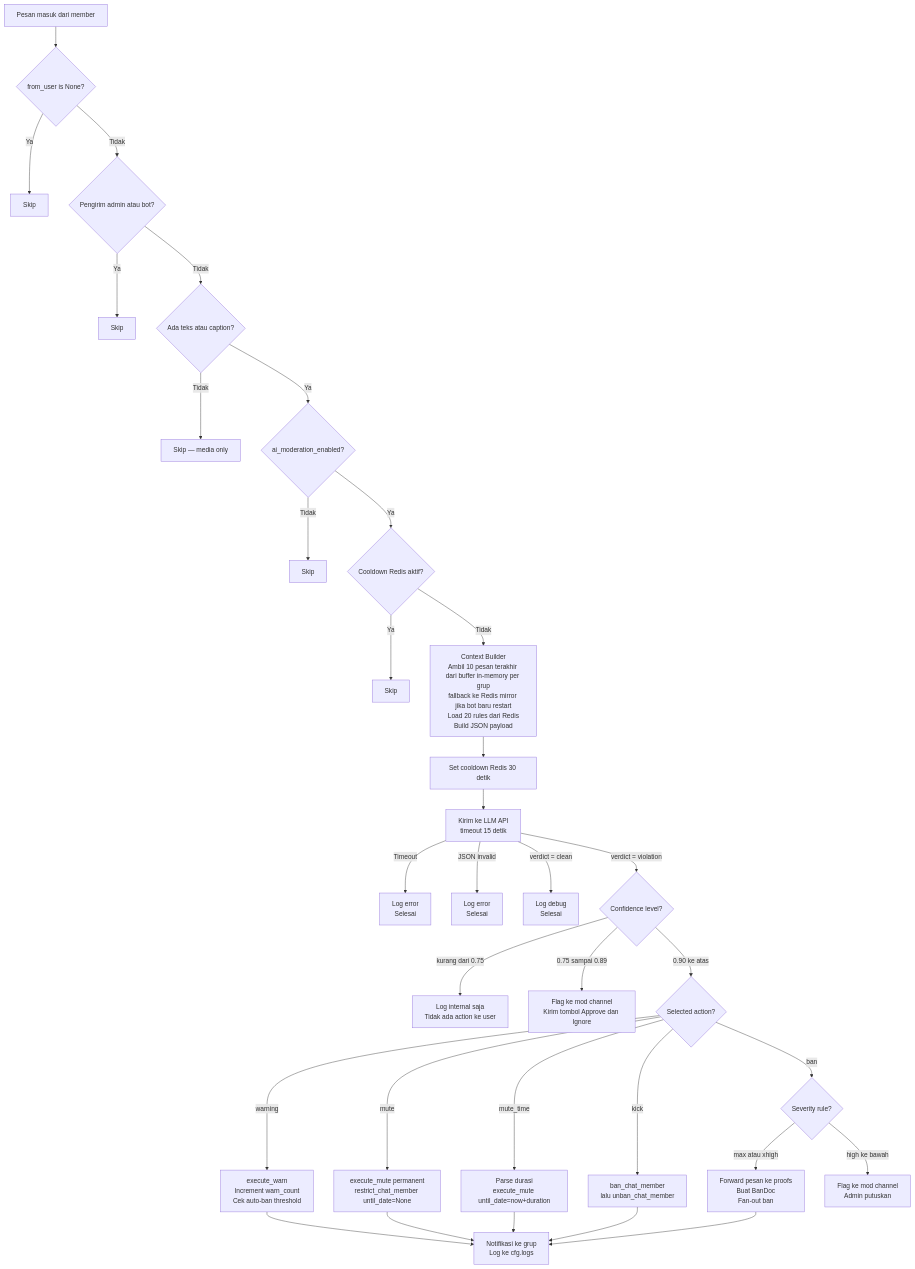
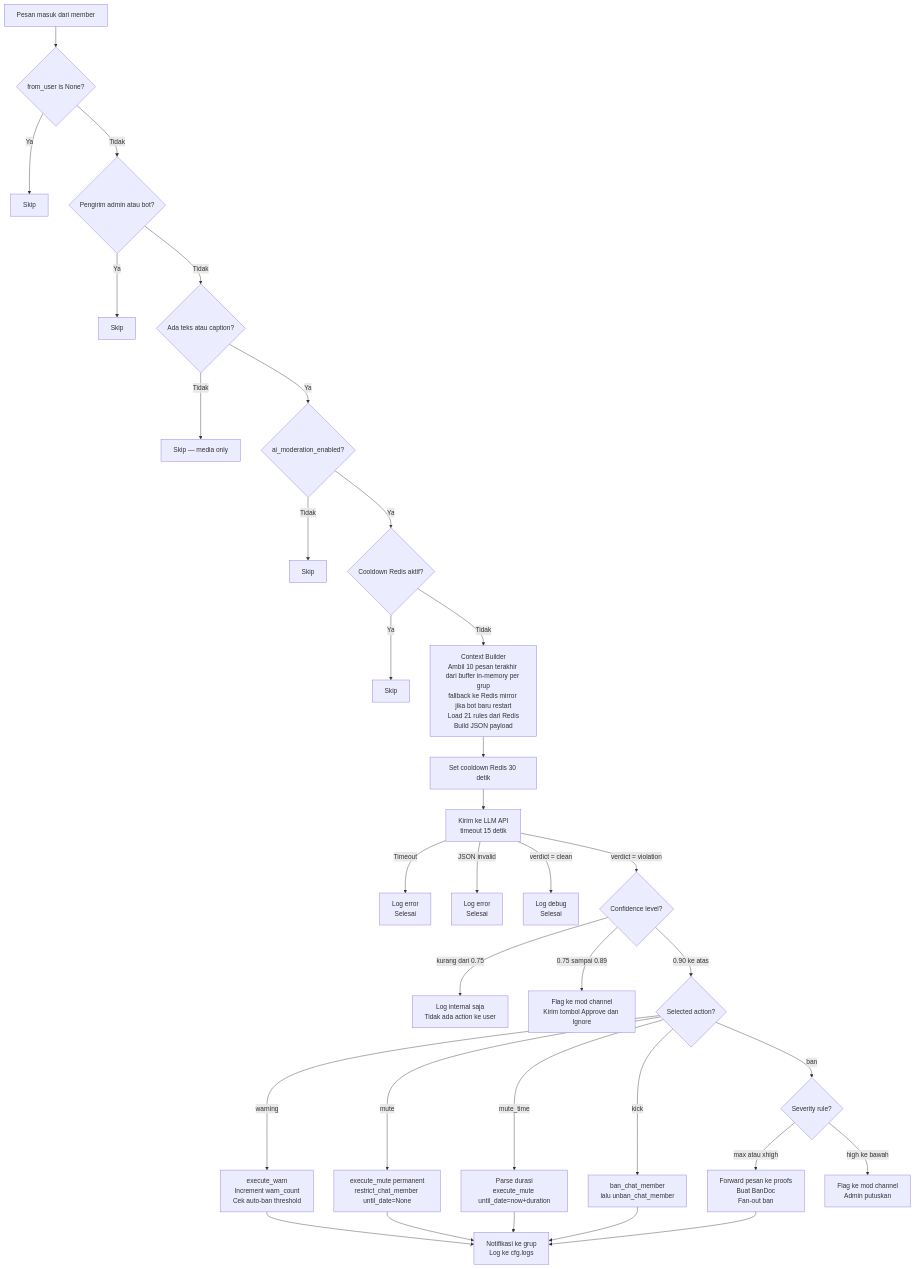
The fourth of 15 diagrams in PRD.md (D1ZZY4/tcbot), drawn with Mermaid before and after one commit. The commit also changed other lines of this file, not shown here.

````diff
--- a/PRD.md
+++ b/PRD.md
@@ -404,35 +410,35 @@
 ```mermaid
 flowchart TD
     MSG[Pesan masuk dari member] --> PF1{from_user is None?}
     PF1 -->|Ya| END1[Skip]
     PF1 -->|Tidak| PF2{Pengirim admin atau bot?}
     PF2 -->|Ya| END2[Skip]
     PF2 -->|Tidak| PF3{Ada teks atau caption?}
     PF3 -->|Tidak| END3[Skip — media only]
     PF3 -->|Ya| PF4{ai_moderation_enabled?}
     PF4 -->|Tidak| END4[Skip]
     PF4 -->|Ya| PF5{Cooldown Redis aktif?}
     PF5 -->|Ya| END5[Skip]
-    PF5 -->|Tidak| CB[Context Builder\nAmbil 10 pesan terakhir dari buffer in-memory per grup\nfallback ke Redis mirror jika bot baru restart\nLoad 20 rules dari Redis\nBuild JSON payload]
+    PF5 -->|Tidak| CB[Context Builder\nAmbil 10 pesan terakhir dari buffer in-memory per grup\nfallback ke Redis mirror jika bot baru restart\nLoad 21 rules dari Redis\nBuild JSON payload]
     CB --> SET_CD[Set cooldown Redis 30 detik]
     SET_CD --> AI[Kirim ke LLM API\ntimeout 15 detik]
     AI -->|Timeout| ERR1[Log error\nSelesai]
     AI -->|JSON invalid| ERR2[Log error\nSelesai]
     AI -->|verdict = clean| CLEAN[Log debug\nSelesai]
     AI -->|verdict = violation| CONF{Confidence level?}
     CONF -->|kurang dari 0.75| LOW[Log internal saja\nTidak ada action ke user]
     CONF -->|0.75 sampai 0.89| FLAG[Flag ke mod channel\nKirim tombol Approve dan Ignore]
     CONF -->|0.90 ke atas| ACT{Selected action?}
     ACT -->|warning| WRN[execute_warn\nIncrement warn_count\nCek auto-ban threshold]
     ACT -->|mute| MUT[execute_mute permanent\nrestrict_chat_member until_date=None]
     ACT -->|mute_time| MTM[Parse durasi\nexecute_mute until_date=now+duration]
     ACT -->|kick| KCK[ban_chat_member\nlalu unban_chat_member]
     ACT -->|ban| BANSEV{Severity rule?}
     BANSEV -->|max atau xhigh| BANAUTO[Forward pesan ke proofs\nBuat BanDoc\nFan-out ban]
     BANSEV -->|high ke bawah| FLAG2[Flag ke mod channel\nAdmin putuskan]
     WRN --> NOTIFY[Notifikasi ke grup\nLog ke cfg.logs]
     MUT --> NOTIFY
     MTM --> NOTIFY
     KCK --> NOTIFY
     BANAUTO --> NOTIFY
 ```
````
